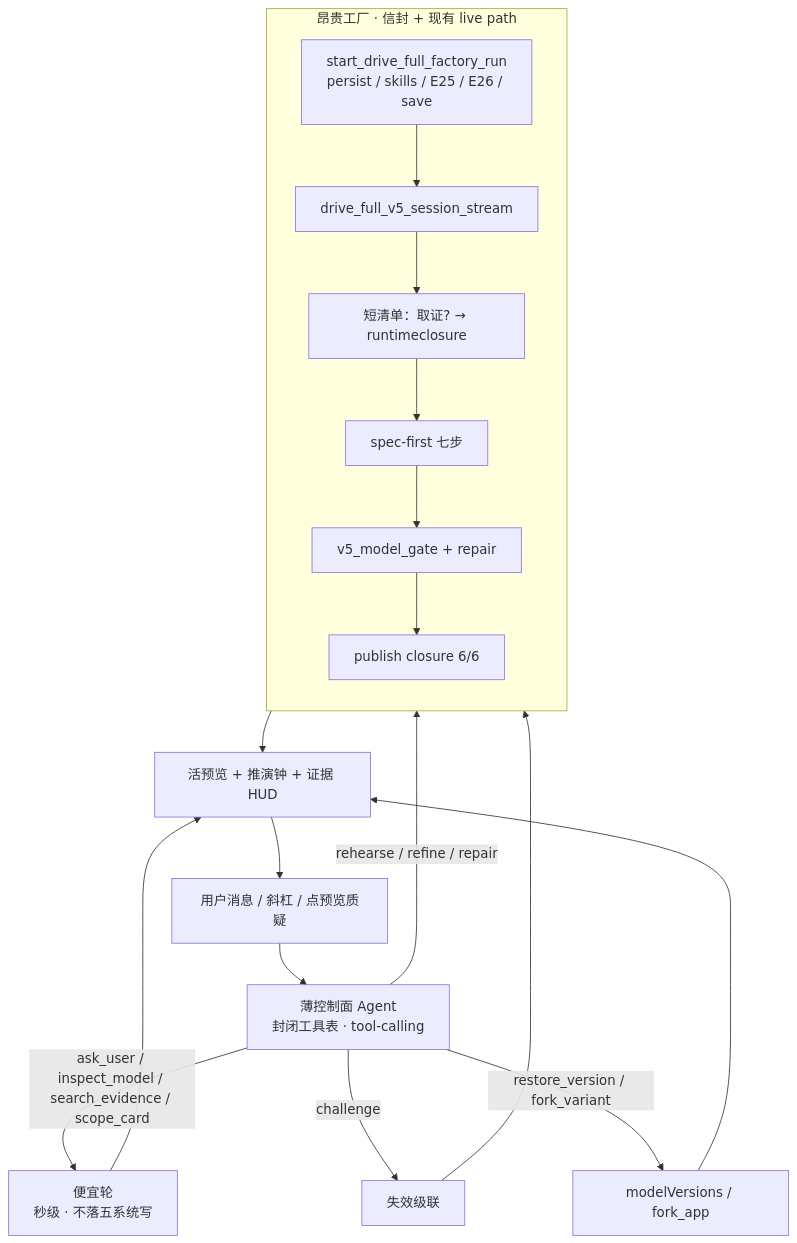
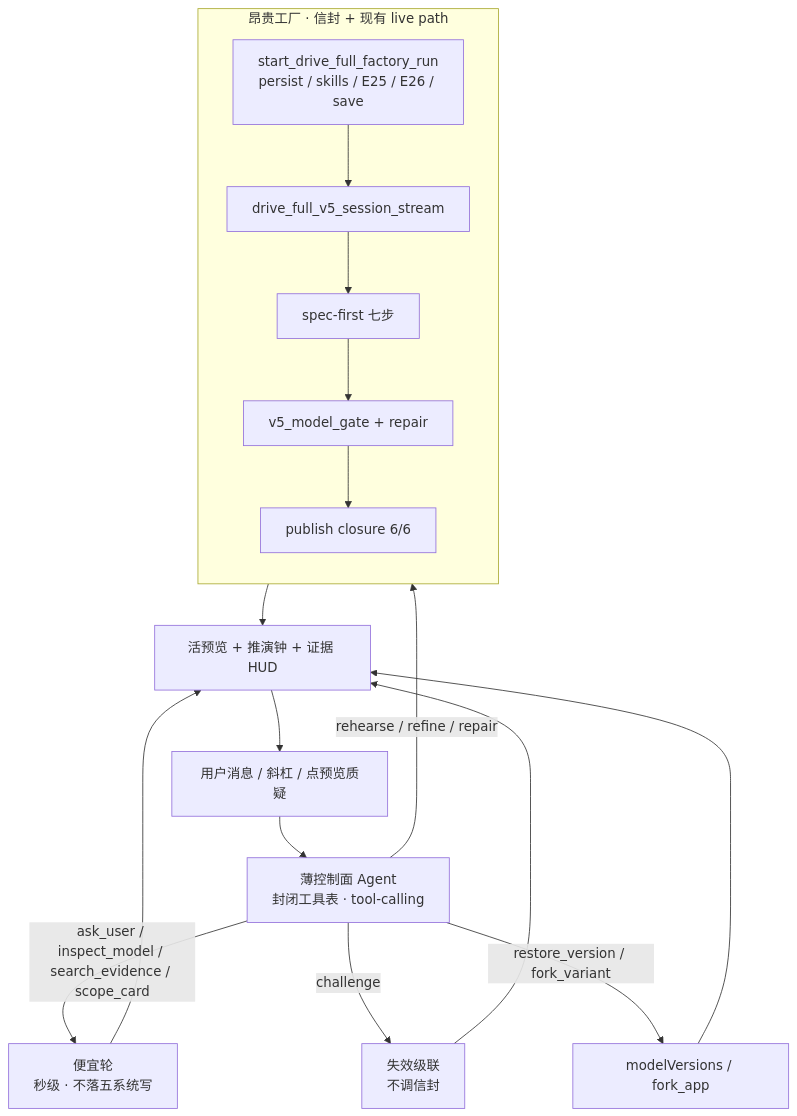
The diagram in docs/SlideRule V6.1 控制面.md (2686521696/WhyBuddy), drawn with Mermaid before and after one commit. The commit also changed 1 other file, not shown here.

Commit message:
fix: address review feedback for 死代码与双路径收口

````diff
--- a/docs/SlideRule V6.1 控制面.md
+++ b/docs/SlideRule V6.1 控制面.md
@@ -17,26 +17,24 @@
 ```mermaid
 flowchart TB
   U[用户消息 / 斜杠 / 点预览质疑] --> CP[薄控制面 Agent<br/>封闭工具表 · tool-calling]
 
   CP -->|ask_user / inspect_model / search_evidence / scope_card| CHEAP[便宜轮<br/>秒级 · 不落五系统写]
   CP -->|rehearse / refine / repair| FACTORY
-  CP -->|challenge| INV[失效级联]
+  CP -->|challenge| INV[失效级联<br/>不调信封]
   CP -->|restore_version / fork_variant| VER[modelVersions / fork_app]
-
-  INV --> FACTORY
 
   subgraph FACTORY["昂贵工厂 · 信封 + 现有 live path"]
     direction TB
     ENV[start_drive_full_factory_run<br/>persist / skills / E25 / E26 / save]
     ENV --> D[drive_full_v5_session_stream]
-    D --> P[短清单：取证? → runtimeclosure]
-    P --> SF[spec-first 七步]
+    D --> SF[spec-first 七步]
     SF --> G[v5_model_gate + repair]
     G --> C6[publish closure 6/6]
   end
 
   CHEAP --> HUD[活预览 + 推演钟 + 证据 HUD]
+  INV --> HUD
   C6 --> HUD
   VER --> HUD
   HUD --> U
 ```
````
